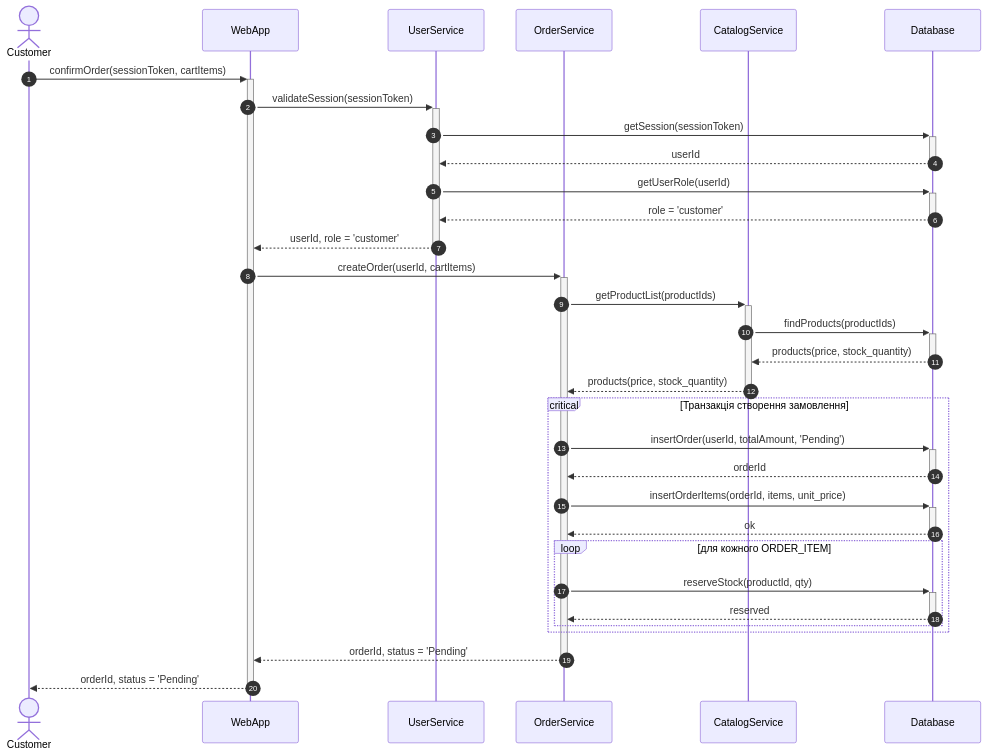
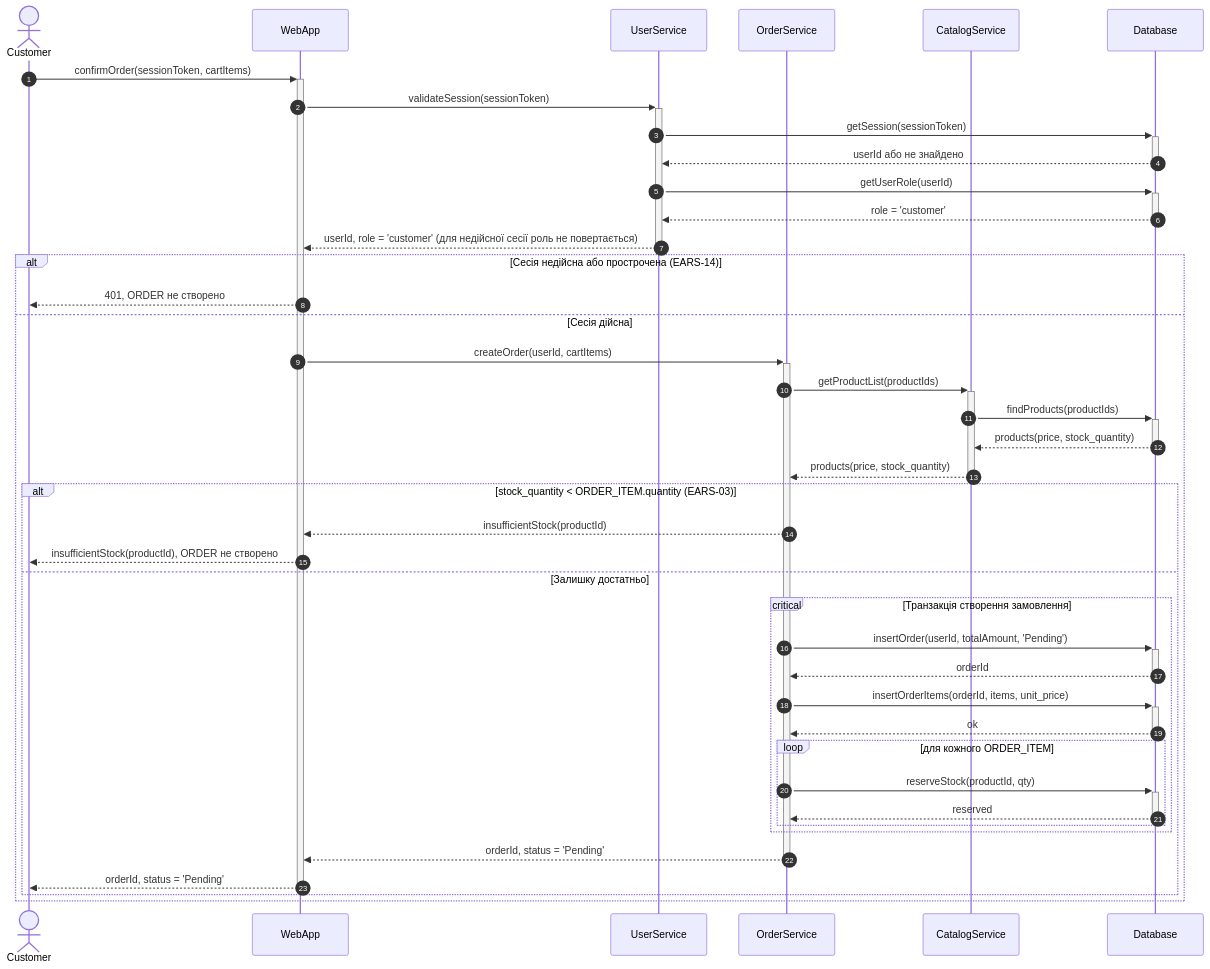
The first of 6 diagrams in task-3/sequence.md (Stefect/Modeling-and-Analysis-of-Software-Requirements), drawn with Mermaid before and after one commit. The commit also changed other lines of this file and 5 other files, not shown here.

Commit message:
Додав діаграми S5 (успішна онлайн-оплата) і S6 (нестача при оформленні), alt для перевірки сесії та залишку в S1; уніфікував validateSession; оновив spec.md і ADR 0010, 0013

````diff
--- a/task-3/sequence.md
+++ b/task-3/sequence.md
@@ -18,35 +20,44 @@
 ```mermaid
 sequenceDiagram
     autonumber
     actor Customer
     participant WebApp
     participant UserService
     participant OrderService
     participant CatalogService
     participant Database
 
     Customer->>+WebApp: confirmOrder(sessionToken, cartItems)
     WebApp->>+UserService: validateSession(sessionToken)
     UserService->>+Database: getSession(sessionToken)
-    Database-->>-UserService: userId
+    Database-->>-UserService: userId або не знайдено
     UserService->>+Database: getUserRole(userId)
     Database-->>-UserService: role = 'customer'
-    UserService-->>-WebApp: userId, role = 'customer'
-    WebApp->>+OrderService: createOrder(userId, cartItems)
-    OrderService->>+CatalogService: getProductList(productIds)
-    CatalogService->>+Database: findProducts(productIds)
-    Database-->>-CatalogService: products(price, stock_quantity)
-    CatalogService-->>-OrderService: products(price, stock_quantity)
-    critical Транзакція створення замовлення
-        OrderService->>+Database: insertOrder(userId, totalAmount, 'Pending')
-        Database-->>-OrderService: orderId
-        OrderService->>+Database: insertOrderItems(orderId, items, unit_price)
-        Database-->>-OrderService: ok
-        loop для кожного ORDER_ITEM
-            OrderService->>+Database: reserveStock(productId, qty)
-            Database-->>-OrderService: reserved
+    UserService-->>-WebApp: userId, role = 'customer' (для недійсної сесії роль не повертається)
+    alt Сесія недійсна або прострочена (EARS-14)
+        WebApp-->>Customer: 401, ORDER не створено
+    else Сесія дійсна
+        WebApp->>+OrderService: createOrder(userId, cartItems)
+        OrderService->>+CatalogService: getProductList(productIds)
+        CatalogService->>+Database: findProducts(productIds)
+        Database-->>-CatalogService: products(price, stock_quantity)
+        CatalogService-->>-OrderService: products(price, stock_quantity)
+        alt stock_quantity < ORDER_ITEM.quantity (EARS-03)
+            OrderService-->>WebApp: insufficientStock(productId)
+            WebApp-->>Customer: insufficientStock(productId), ORDER не створено
+        else Залишку достатньо
+            critical Транзакція створення замовлення
+                OrderService->>+Database: insertOrder(userId, totalAmount, 'Pending')
+                Database-->>-OrderService: orderId
+                OrderService->>+Database: insertOrderItems(orderId, items, unit_price)
+                Database-->>-OrderService: ok
+                loop для кожного ORDER_ITEM
+                    OrderService->>+Database: reserveStock(productId, qty)
+                    Database-->>-OrderService: reserved
+                end
+            end
+            OrderService-->>-WebApp: orderId, status = 'Pending'
+            WebApp-->>-Customer: orderId, status = 'Pending'
         end
     end
-    OrderService-->>-WebApp: orderId, status = 'Pending'
-    WebApp-->>-Customer: orderId, status = 'Pending'
 ```
````
